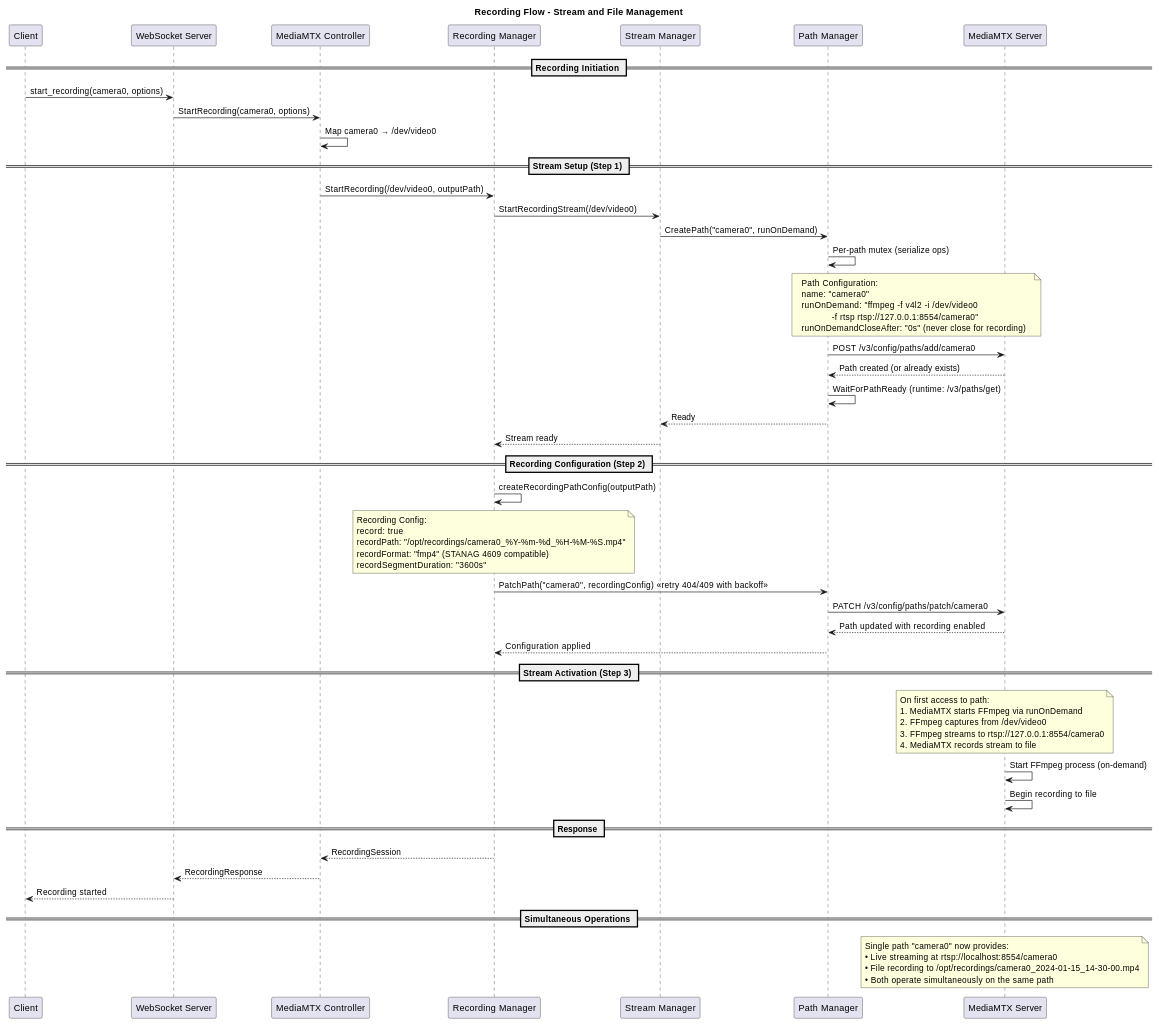
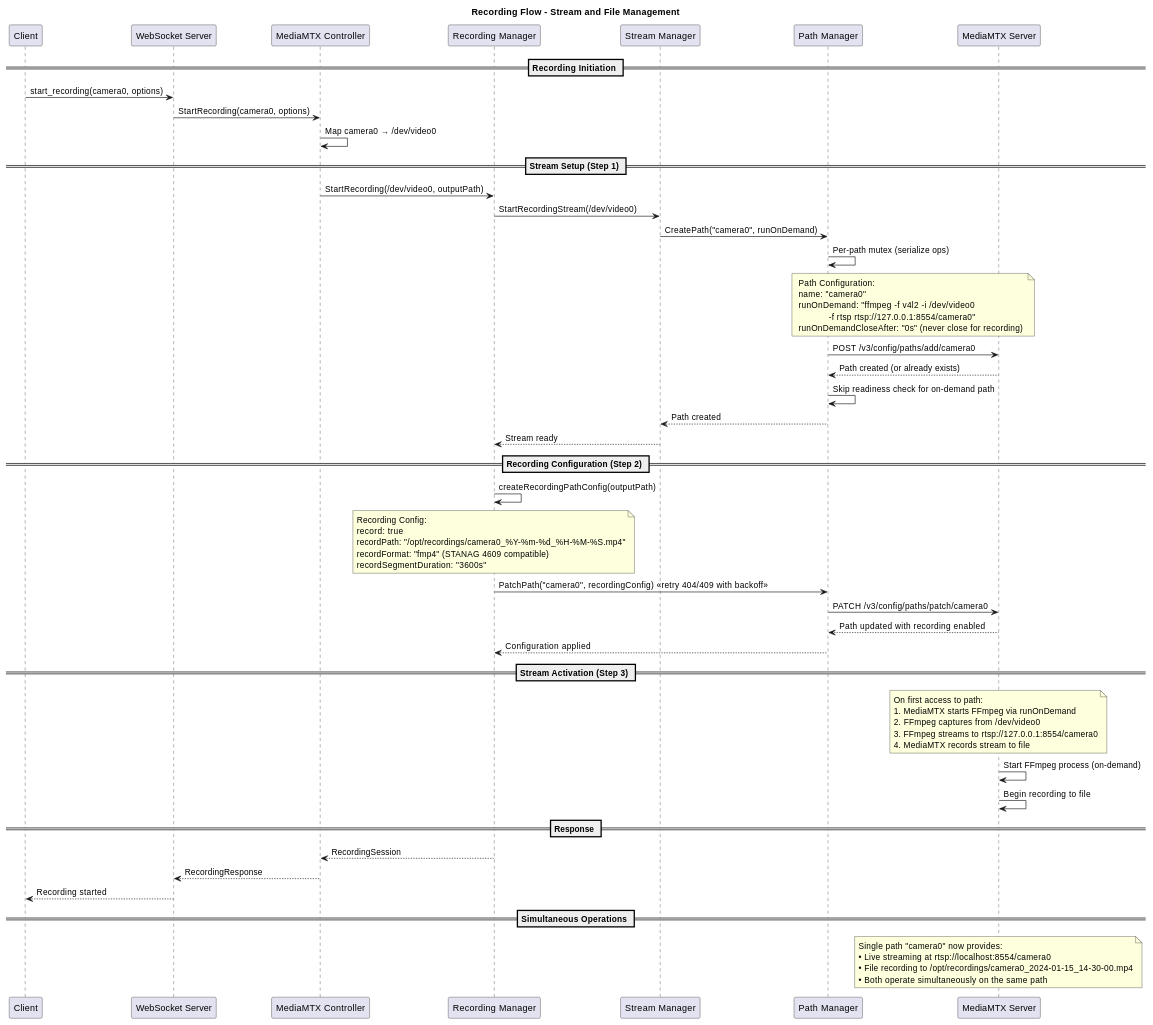
Diagram 14 of 25 in mediamtx-camera-service-go/docs/architecture/go-architecture-guide.md (CarlosSprekelsen/CameraRecorder), drawn with PlantUML before and after one commit. The commit also changed other lines of this file and 7 other files, not shown here.

````diff
--- a/mediamtx-camera-service-go/docs/architecture/go-architecture-guide.md
+++ b/mediamtx-camera-service-go/docs/architecture/go-architecture-guide.md
@@ -657,80 +657,80 @@
 ```plantuml
 @startuml RecordingFlow
 title Recording Flow - Stream and File Management
 
 participant "Client" as C
 participant "WebSocket Server" as WS
 participant "MediaMTX Controller" as MC
 participant "Recording Manager" as RM
 participant "Stream Manager" as SM
 participant "Path Manager" as PM
 participant "MediaMTX Server" as MS
 
 == Recording Initiation ==
 C -> WS : start_recording(camera0, options)
 WS -> MC : StartRecording(camera0, options)
 MC -> MC : Map camera0 → /dev/video0
 
 == Stream Setup (Step 1) ==
 MC -> RM : StartRecording(/dev/video0, outputPath)
 RM -> SM : StartRecordingStream(/dev/video0)
 SM -> PM : CreatePath("camera0", runOnDemand)
 PM -> PM : Per-path mutex (serialize ops)
 
 note over PM, MS
   Path Configuration:
   name: "camera0"
   runOnDemand: "ffmpeg -f v4l2 -i /dev/video0 
                 -f rtsp rtsp://127.0.0.1:8554/camera0"
   runOnDemandCloseAfter: "0s" (never close for recording)
 end note
 
 PM -> MS : POST /v3/config/paths/add/camera0
 MS --> PM : Path created (or already exists)
-PM -> PM : WaitForPathReady (runtime: /v3/paths/get)
-PM --> SM : Ready
+PM -> PM : Skip readiness check for on-demand path
+PM --> SM : Path created
 SM --> RM : Stream ready
 
 == Recording Configuration (Step 2) ==
 RM -> RM : createRecordingPathConfig(outputPath)
 
 note over RM
   Recording Config:
   record: true
   recordPath: "/opt/recordings/camera0_%Y-%m-%d_%H-%M-%S.mp4"
   recordFormat: "fmp4" (STANAG 4609 compatible)
   recordSegmentDuration: "3600s"
 end note
 
 RM -> PM : PatchPath("camera0", recordingConfig)  << retry 404/409 with backoff >>
 PM -> MS : PATCH /v3/config/paths/patch/camera0
 MS --> PM : Path updated with recording enabled
 PM --> RM : Configuration applied
 
 == Stream Activation (Step 3) ==
 note over MS
   On first access to path:
   1. MediaMTX starts FFmpeg via runOnDemand
   2. FFmpeg captures from /dev/video0
   3. FFmpeg streams to rtsp://127.0.0.1:8554/camera0
   4. MediaMTX records stream to file
 end note
 
 MS -> MS : Start FFmpeg process (on-demand)
 MS -> MS : Begin recording to file
 
 == Response ==
 RM --> MC : RecordingSession
 MC --> WS : RecordingResponse
 WS --> C : Recording started
 
 == Simultaneous Operations ==
 note over MS
   Single path "camera0" now provides:
   • Live streaming at rtsp://localhost:8554/camera0
   • File recording to /opt/recordings/camera0_2024-01-15_14-30-00.mp4
   • Both operate simultaneously on the same path
 end note
 
 @enduml
 ```
````
